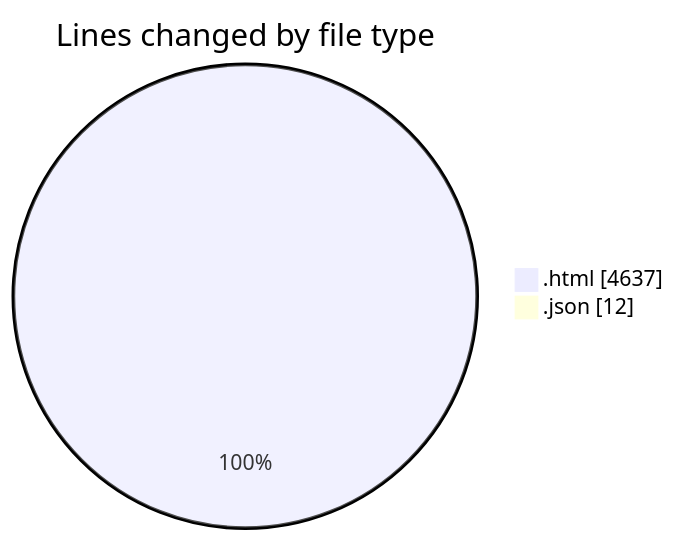
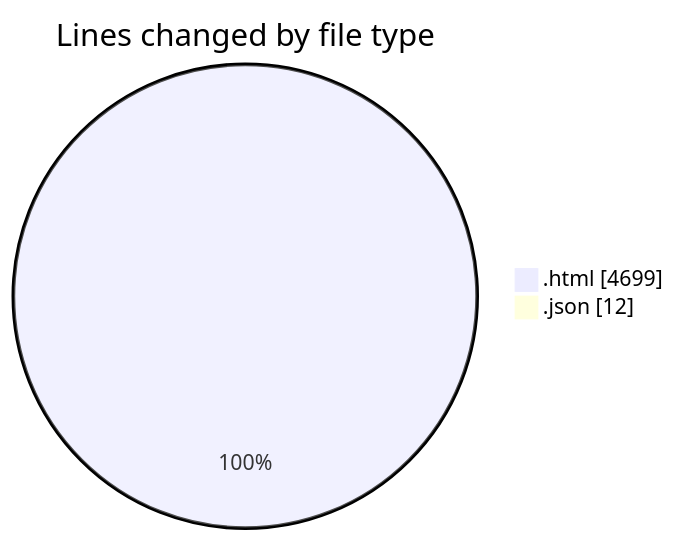
One commit to momahboobian/code-tracking changed the first of 2 diagrams in 2026-05-21/pdf_invoice/README.md. Above: the diagram before and after it, drawn with Mermaid. The commit also changed other lines of this file and 1 other file, not shown here.

````diff
--- a/2026-05-21/pdf_invoice/README.md
+++ b/2026-05-21/pdf_invoice/README.md
@@ -26,6 +26,6 @@
 ```mermaid
 pie showData
 title Lines changed by file type
-".html" : 4637
+".html" : 4699
 ".json" : 12
 ```
````
